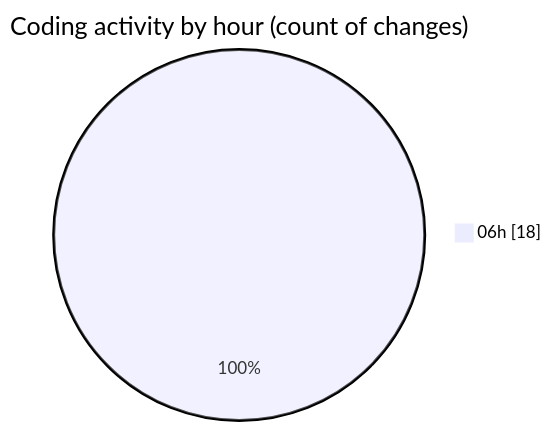
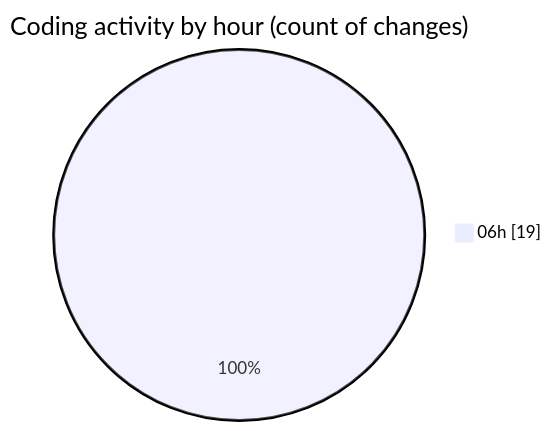
The second of 2 diagrams in 2025-08-26/shop/README.md (vahidmafi/code-tracking), drawn with Mermaid before and after one commit. The commit also changed other lines of this file and 1 other file, not shown here.

````diff
--- a/2025-08-26/shop/README.md
+++ b/2025-08-26/shop/README.md
@@ -33,5 +33,5 @@
 ```mermaid
 pie showData
 title Coding activity by hour (count of changes)
-"06h" : 18
+"06h" : 19
 ```
````
